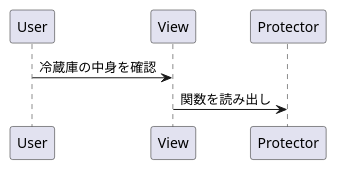
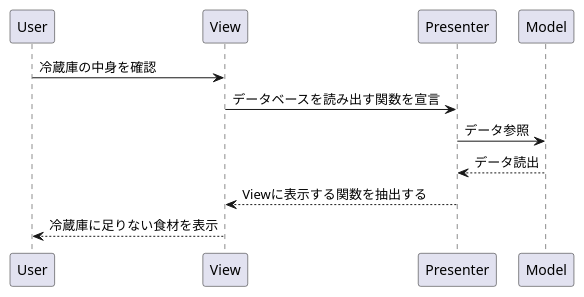
One commit to TENMUKYOU/App_Test changed the diagram in analyze.pu. Above: the diagram before and after it, drawn with PlantUML.

Commit message:
no message

```diff
--- a/analyze.pu
+++ b/analyze.pu
@@ -1,6 +1,10 @@
 @startuml analyze
 
-User -> View:冷蔵庫の中身を確認
-View -> Protector:関数を読み出し
+User -> View: 冷蔵庫の中身を確認
+View -> Presenter: データベースを読み出す関数を宣言
+Presenter -> Model: データ参照
 
+Model --> Presenter: データ読出
+Presenter --> View: Viewに表示する関数を抽出する
+View --> User: 冷蔵庫に足りない食材を表示
 @enduml
```
